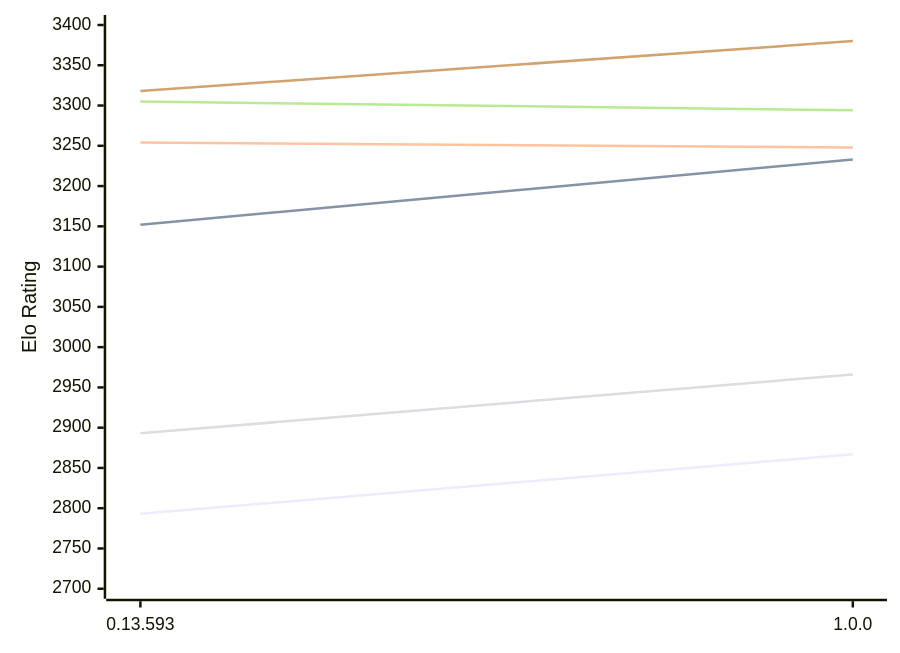
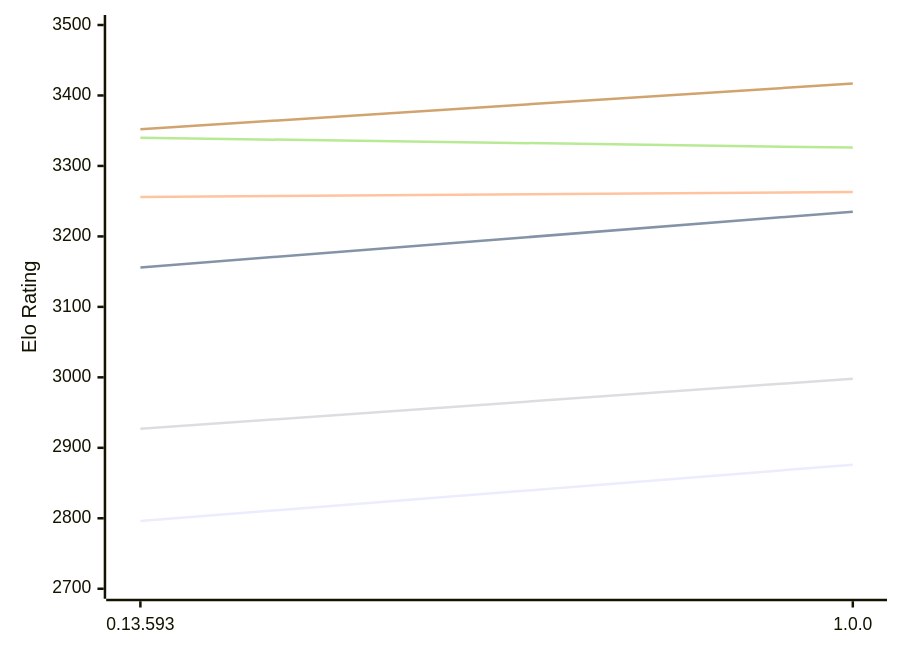
Before and after one commit to computer-chess-index/cci: the diagram in engines/Pawnstar.md, drawn with Mermaid. The commit also changed other lines of this file, not shown here.

Commit message:
Update CCI Ratings (ELO VLTC) - 2026-11-01

````diff
--- a/engines/Pawnstar.md
+++ b/engines/Pawnstar.md
@@ -49,12 +49,12 @@
 ```mermaid
 %%{init: {"theme":"base","themeVariables":{"seriesColors:['#a3a3a3','#222221','#faa371']}}}%%
 xychart-beta
   x-axis ["0.13.593", "1.0.0"]
-  y-axis "Elo Rating" 2700 --> 3400
-  line "E1: STC (8.0+0.08s)" [2793, 2867]
-  line "E1: LTC (60.0+0.60s)" [3152, 3233]
-  line "E1: VLTC (2m24s+1.12s)" [3254, 3248]
-  line "P1: STC (8.0+0.08s)" [2893, 2966]
-  line "P1: LTC (60.0+0.60s)" [3305, 3294]
-  line "P1: VLTC (2m24s+1.12s)" [3318, 3380]
+  y-axis "Elo Rating" 2700 --> 3500
+  line "E1: STC (8.0+0.08s)" [2796, 2876]
+  line "E1: LTC (60.0+0.60s)" [3156, 3235]
+  line "E1: VLTC (2m24s+1.12s)" [3256, 3263]
+  line "P1: STC (8.0+0.08s)" [2927, 2998]
+  line "P1: LTC (60.0+0.60s)" [3340, 3326]
+  line "P1: VLTC (2m24s+1.12s)" [3352, 3417]
 ```
````
